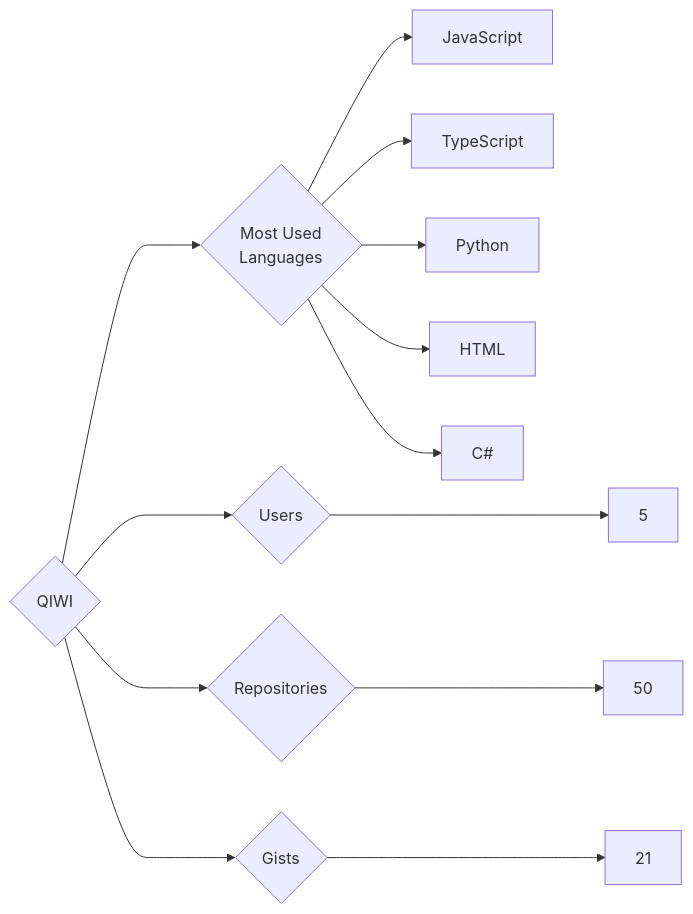
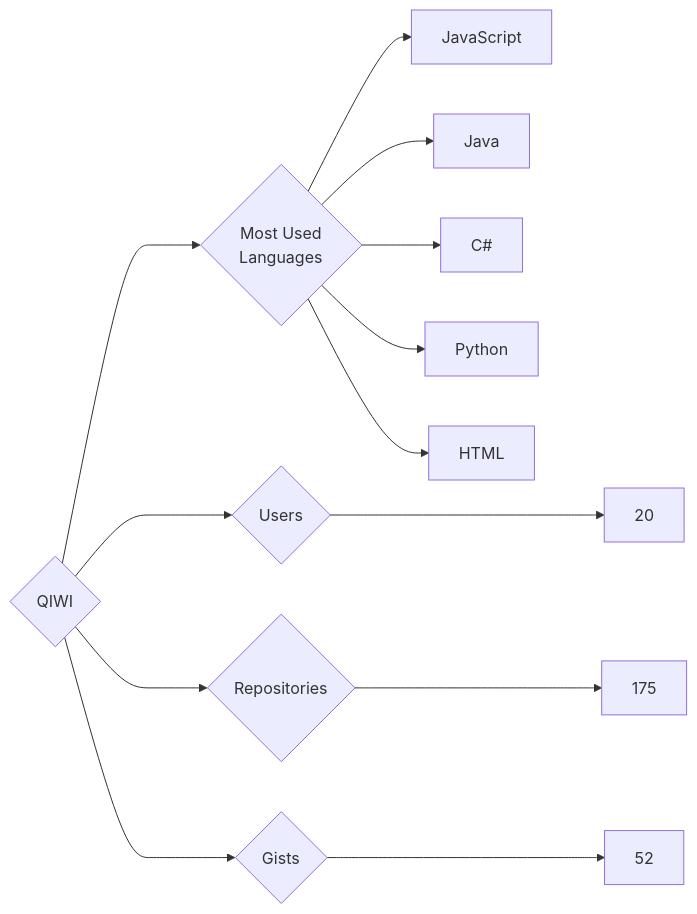
Before and after one commit to trickest/insiders: the diagram in targets/QIWI/README.md, drawn with Mermaid. The commit also changed 839 other files, not shown here.

````diff
--- a/targets/QIWI/README.md
+++ b/targets/QIWI/README.md
@@ -3,13 +3,13 @@
 ```mermaid
 graph LR
 COMPANY_NAME{QIWI}
-COMPANY_NAME ---> U{Users} ---> UN[5]
-COMPANY_NAME ---> R{Repositories} ---> RN[50]
-COMPANY_NAME ---> G{Gists} ---> GN[21]
+COMPANY_NAME ---> U{Users} ---> UN[20]
+COMPANY_NAME ---> R{Repositories} ---> RN[175]
+COMPANY_NAME ---> G{Gists} ---> GN[52]
 COMPANY_NAME ---> ML{Most Used<br>Languages}
 ML --> JavaScript[JavaScript]
-ML --> TypeScript[TypeScript]
+ML --> Java[Java]
+ML --> C#[C#]
 ML --> Python[Python]
 ML --> HTML[HTML]
-ML --> C#[C#]
 ```
````
